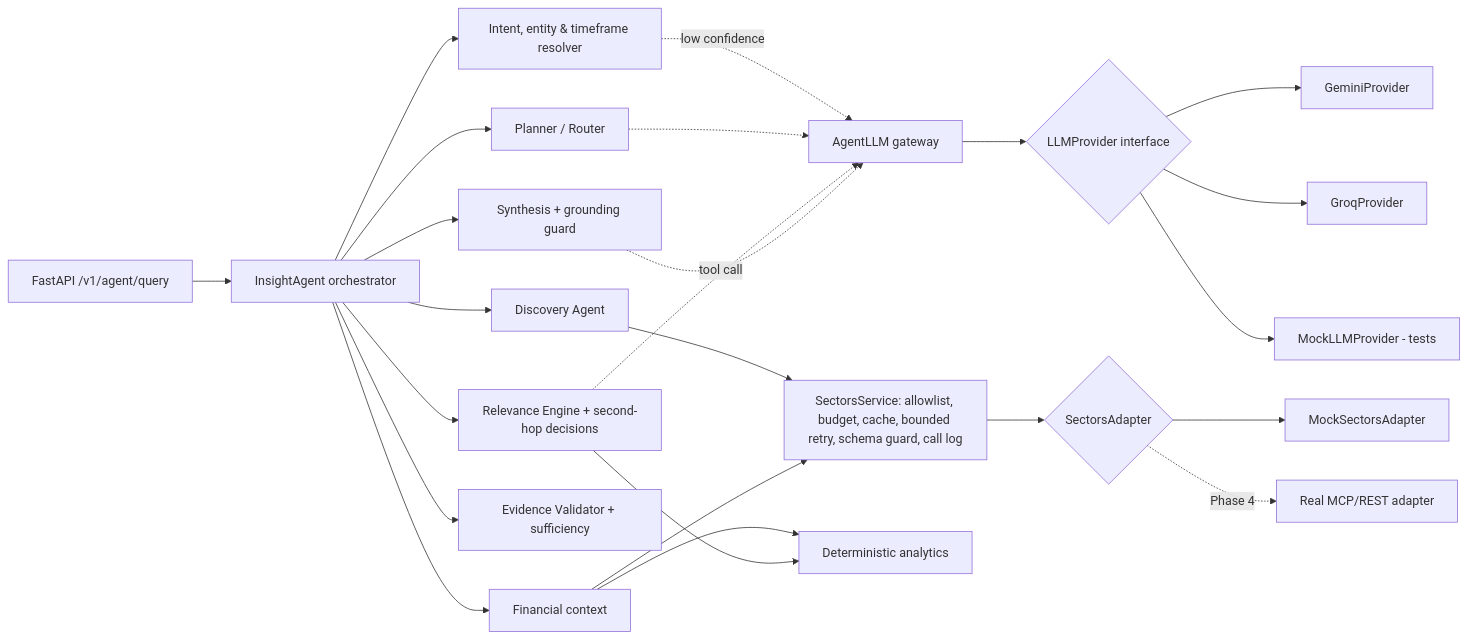
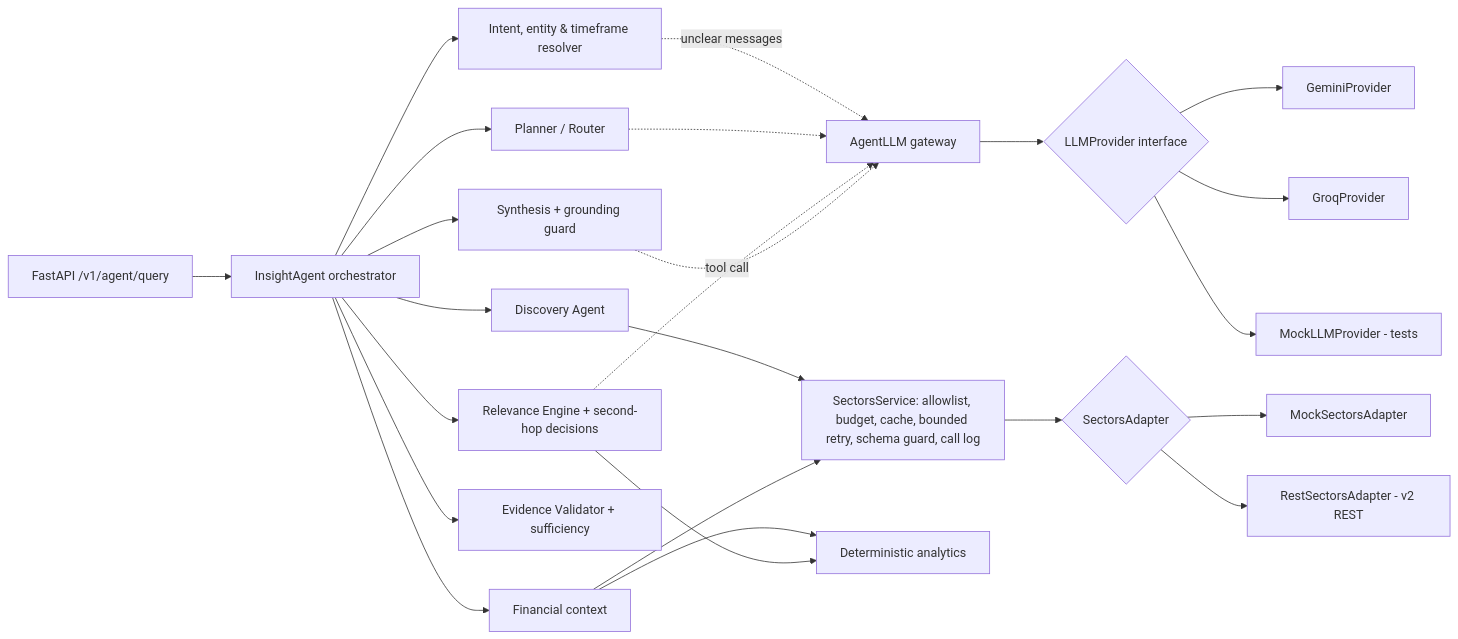
Before and after one commit to IDXInsight/idx-insight-agent: the diagram in README.md, drawn with Mermaid. The commit also changed other lines of this file, not shown here.

````diff
--- a/README.md
+++ b/README.md
@@ -331,26 +345,26 @@
 ```mermaid
 flowchart LR
     API[FastAPI /v1/agent/query] --> ORCH[InsightAgent orchestrator]
     ORCH --> RES[Intent, entity & timeframe resolver]
     ORCH --> PLAN[Planner / Router]
     ORCH --> DISC[Discovery Agent]
     ORCH --> REL[Relevance Engine + second-hop decisions]
     ORCH --> FIN[Financial context]
     ORCH --> VAL[Evidence Validator + sufficiency]
     ORCH --> SYN[Synthesis + grounding guard]
-    RES -.low confidence.-> GW[AgentLLM gateway]
+    RES -.unclear messages.-> GW[AgentLLM gateway]
     PLAN -.-> GW
     REL -.tool call.-> GW
     SYN -.-> GW
     GW --> IF{LLMProvider interface}
     IF --> GEM[GeminiProvider]
     IF --> GRQ[GroqProvider]
     IF --> MCK[MockLLMProvider - tests]
     DISC --> SVC[SectorsService: allowlist, budget, cache, bounded retry, schema guard, call log]
     FIN --> SVC
     SVC --> ADP{SectorsAdapter}
     ADP --> MOCK[MockSectorsAdapter]
-    ADP -.Phase 4.-> REAL[Real MCP/REST adapter]
+    ADP --> REAL[RestSectorsAdapter - v2 REST]
     FIN --> AN[Deterministic analytics]
     REL --> AN
 ```
````
